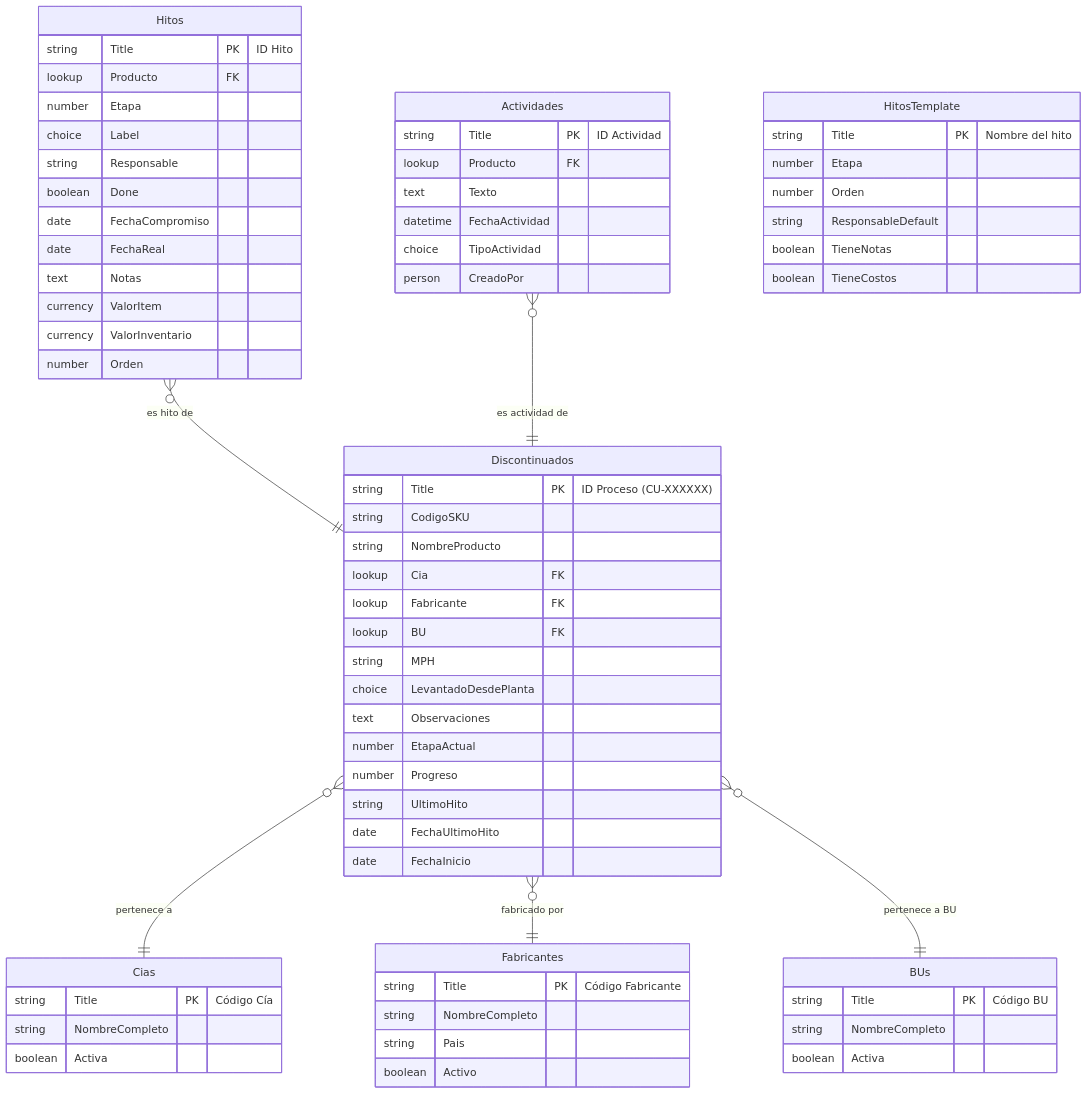
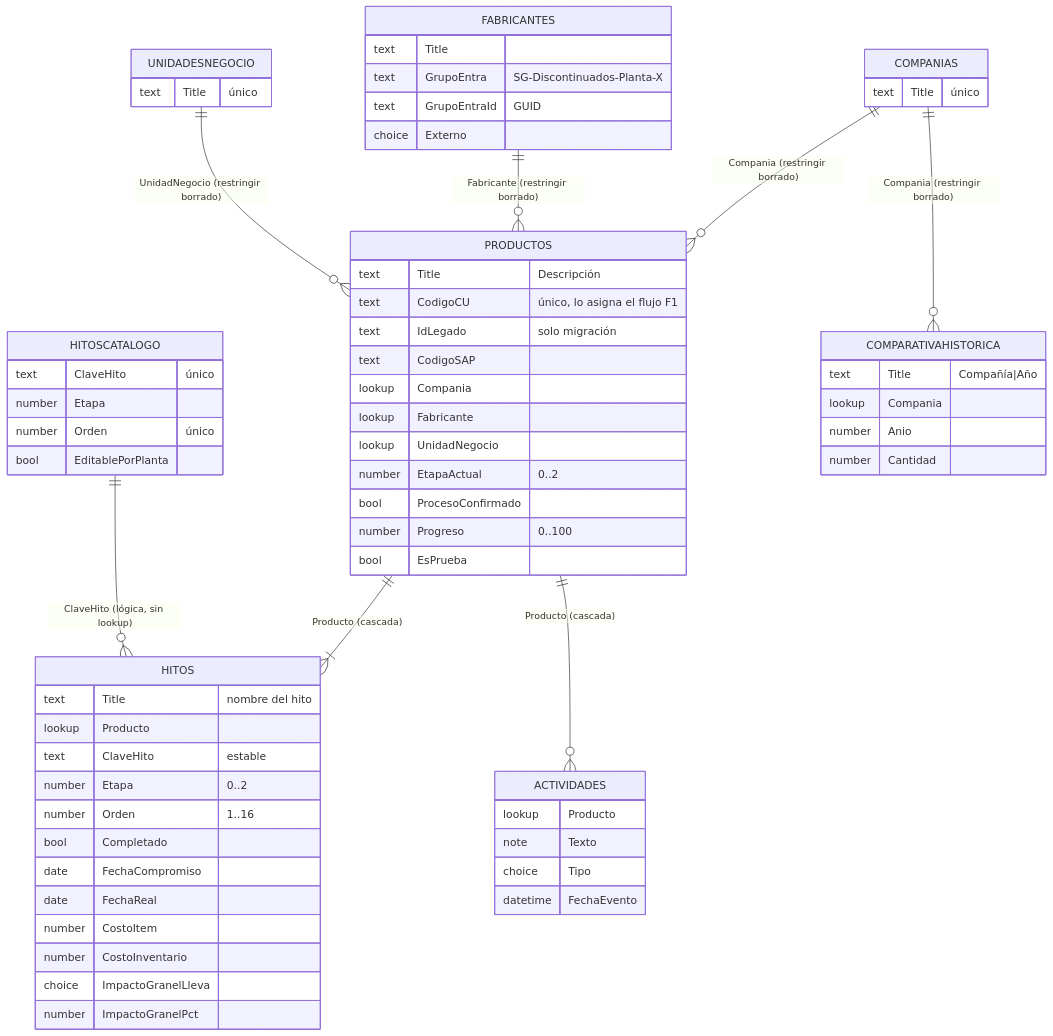
The diagram in docs/migracion/03-modelo-sharepoint.md (MegaS-OP/Discontinuados), drawn with Mermaid before and after one commit. The commit also changed other lines of this file and 10 other files, not shown here.

First line of the commit message:
Rediseñar backend de migración a SharePoint con seguridad por planta

````diff
--- a/docs/migracion/03-modelo-sharepoint.md
+++ b/docs/migracion/03-modelo-sharepoint.md
@@ -183,77 +30,68 @@
 ```mermaid
 erDiagram
-    Discontinuados {
-        string Title PK "ID Proceso (CU-XXXXXX)"
-        string CodigoSKU
-        string NombreProducto
-        lookup Cia FK
-        lookup Fabricante FK
-        lookup BU FK
-        string MPH
-        choice LevantadoDesdePlanta
-        text Observaciones
-        number EtapaActual
-        number Progreso
-        string UltimoHito
-        date FechaUltimoHito
-        date FechaInicio
+    COMPANIAS ||--o{ PRODUCTOS : "Compania (restringir borrado)"
+    FABRICANTES ||--o{ PRODUCTOS : "Fabricante (restringir borrado)"
+    UNIDADESNEGOCIO ||--o{ PRODUCTOS : "UnidadNegocio (restringir borrado)"
+    PRODUCTOS ||--|{ HITOS : "Producto (cascada)"
+    PRODUCTOS ||--o{ ACTIVIDADES : "Producto (cascada)"
+    HITOSCATALOGO ||--o{ HITOS : "ClaveHito (lógica, sin lookup)"
+    COMPANIAS ||--o{ COMPARATIVAHISTORICA : "Compania (restringir borrado)"
+
+    PRODUCTOS {
+        text Title "Descripción"
+        text CodigoCU "único, lo asigna el flujo F1"
+        text IdLegado "solo migración"
+        text CodigoSAP
+        lookup Compania
+        lookup Fabricante
+        lookup UnidadNegocio
+        number EtapaActual "0..2"
+        bool ProcesoConfirmado
+        number Progreso "0..100"
+        bool EsPrueba
     }
-
-    Hitos {
-        string Title PK "ID Hito"
-        lookup Producto FK
-        number Etapa
-        choice Label
-        string Responsable
-        boolean Done
+    HITOS {
+        text Title "nombre del hito"
+        lookup Producto
+        text ClaveHito "estable"
+        number Etapa "0..2"
+        number Orden "1..16"
+        bool Completado
         date FechaCompromiso
         date FechaReal
-        text Notas
-        currency ValorItem
-        currency ValorInventario
-        number Orden
+        number CostoItem
+        number CostoInventario
+        choice ImpactoGranelLleva
+        number ImpactoGranelPct
     }
-
-    Actividades {
-        string Title PK "ID Actividad"
-        lookup Producto FK
-        text Texto
-        datetime FechaActividad
-        choice TipoActividad
-        person CreadoPor
+    ACTIVIDADES {
+        lookup Producto
+        note Texto
+        choice Tipo
+        datetime FechaEvento
     }
-
-    Cias {
-        string Title PK "Código Cía"
-        string NombreCompleto
-        boolean Activa
+    FABRICANTES {
+        text Title
+        text GrupoEntra "SG-Discontinuados-Planta-X"
+        text GrupoEntraId "GUID"
+        choice Externo
     }
-
-    Fabricantes {
-        string Title PK "Código Fabricante"
-        string NombreCompleto
-        string Pais
-        boolean Activo
+    HITOSCATALOGO {
+        text ClaveHito "único"
+        number Etapa
+        number Orden "único"
+        bool EditablePorPlanta
     }
-
-    BUs {
-        string Title PK "Código BU"
-        string NombreCompleto
-        boolean Activa
+    COMPANIAS {
+        text Title "único"
     }
-
-    HitosTemplate {
-        string Title PK "Nombre del hito"
-        number Etapa
-        number Orden
-        string ResponsableDefault
-        boolean TieneNotas
-        boolean TieneCostos
+    UNIDADESNEGOCIO {
+        text Title "único"
     }
-
-    Discontinuados }o--|| Cias : "pertenece a"
-    Discontinuados }o--|| Fabricantes : "fabricado por"
-    Discontinuados }o--|| BUs : "pertenece a BU"
-    Hitos }o--|| Discontinuados : "es hito de"
-    Actividades }o--|| Discontinuados : "es actividad de"
+    COMPARATIVAHISTORICA {
+        text Title "Compañía|Año"
+        lookup Compania
+        number Anio
+        number Cantidad
+    }
 ```
````
